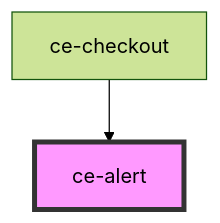
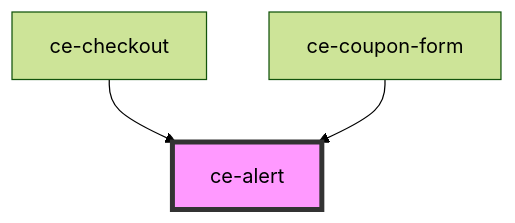
One commit to surecart/surecart-wp-plugin changed the diagram in packages/components/src/components/ui/alert/readme.md. Above: the diagram before and after it, drawn with Mermaid (forest theme). The commit also changed other lines of this file and 50 other files, not shown here.

````diff
--- a/packages/components/src/components/ui/alert/readme.md
+++ b/packages/components/src/components/ui/alert/readme.md
@@ -67,5 +68,6 @@
 ```mermaid
 graph TD;
   ce-checkout --> ce-alert
+  ce-coupon-form --> ce-alert
   style ce-alert fill:#f9f,stroke:#333,stroke-width:4px
 ```
````
